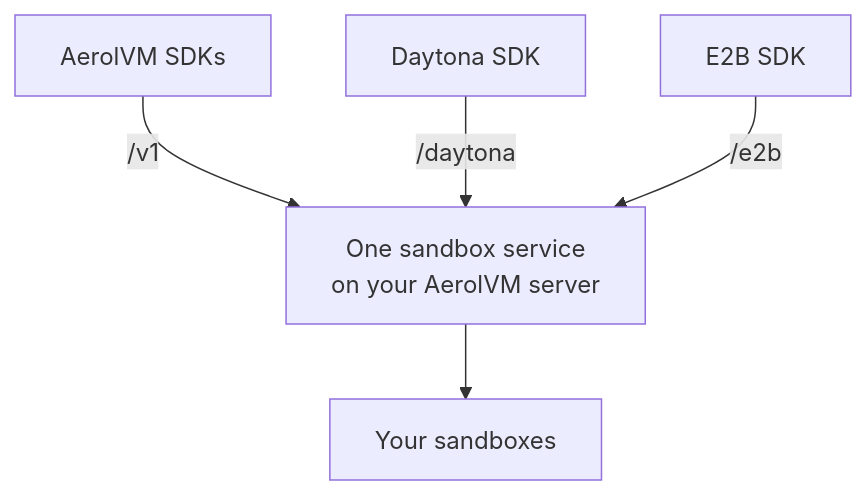
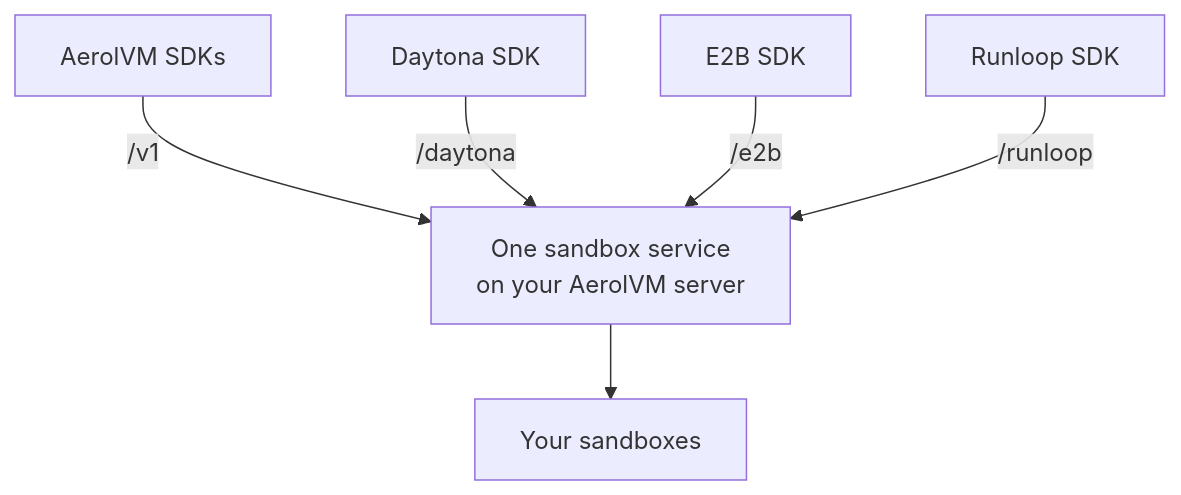
The third of 5 diagrams in docs/src/content/docs/aerolvm-vs-daytona-vs-e2b.mdx (aerol-ai/microvm), drawn with Mermaid before and after one commit. The commit also changed other lines of this file and 2 other files, not shown here.

````diff
--- a/docs/src/content/docs/aerolvm-vs-daytona-vs-e2b.mdx
+++ b/docs/src/content/docs/aerolvm-vs-daytona-vs-e2b.mdx
@@ -140,7 +140,8 @@
 ```mermaid
 flowchart TB
     A["AerolVM SDKs"] -- "/v1" --> S["One sandbox service<br/>on your AerolVM server"]
     D["Daytona SDK"] -- "/daytona" --> S
     E["E2B SDK"] -- "/e2b" --> S
+    L["Runloop SDK"] -- "/runloop" --> S
     S --> R["Your sandboxes"]
 ```
````
